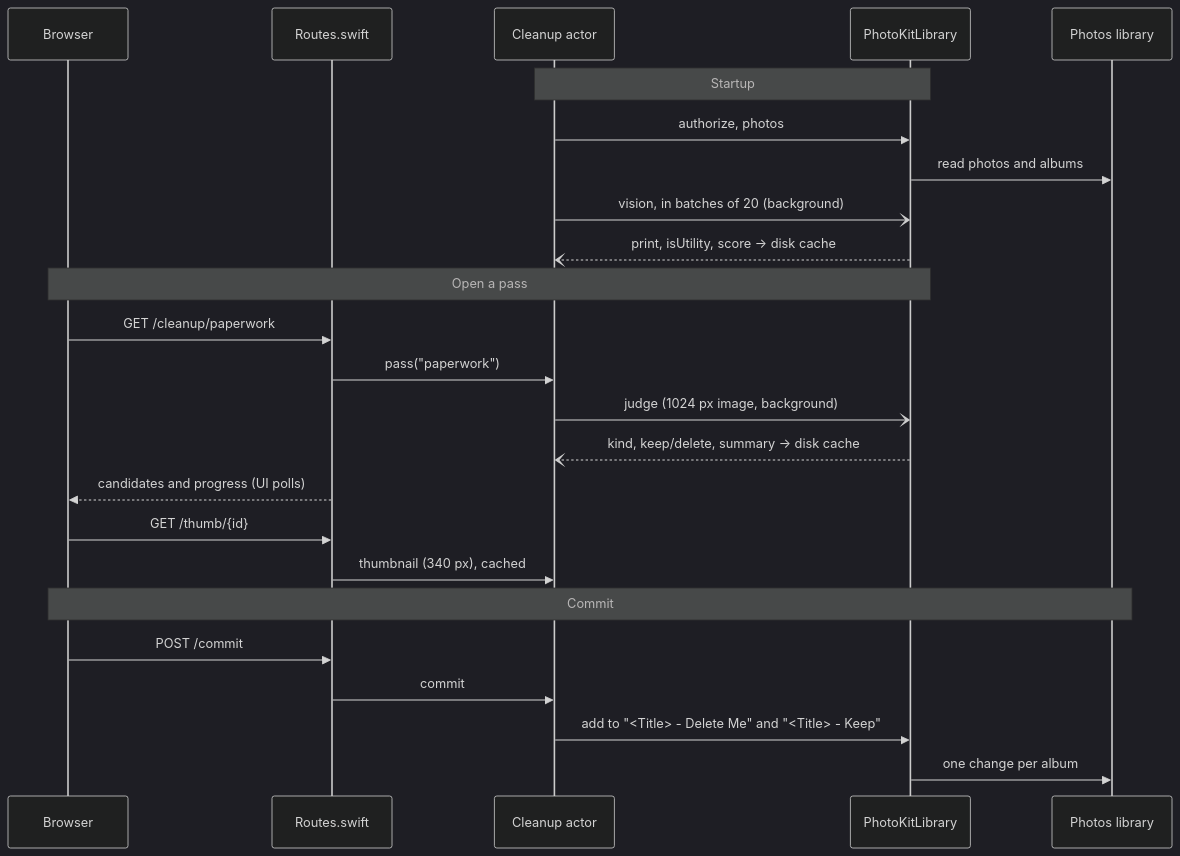
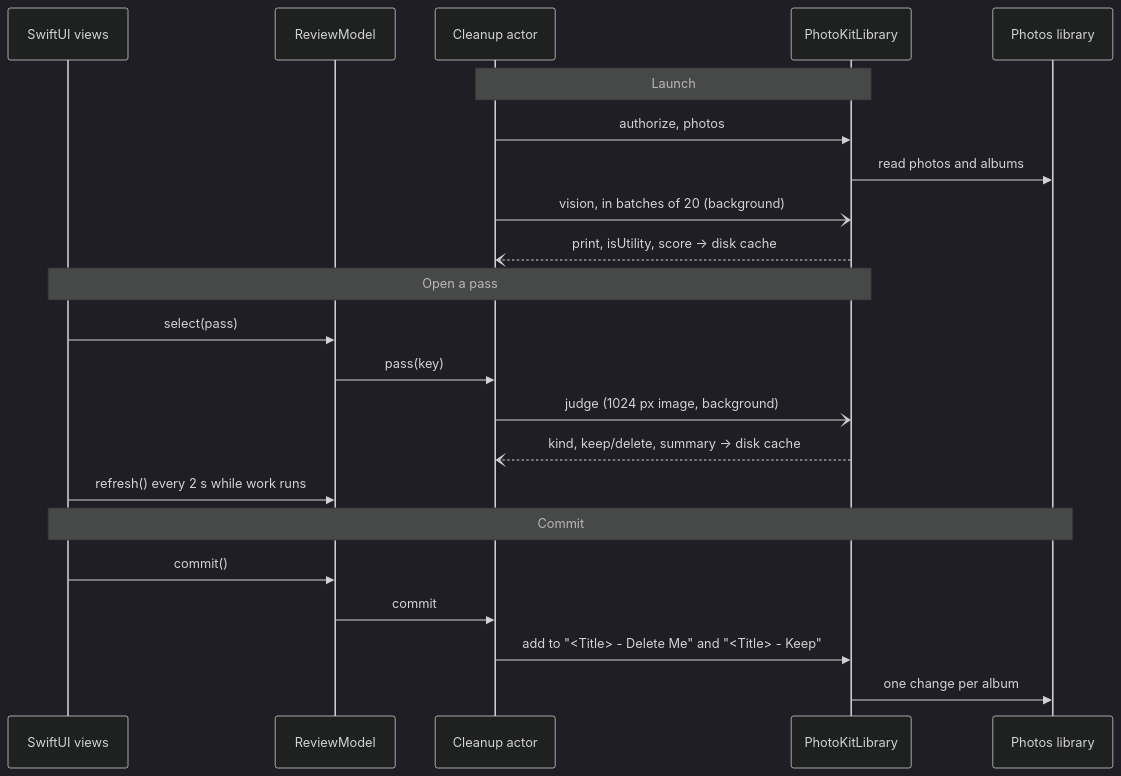
The second of 2 diagrams in ARCHITECTURE.md (khivi/photos-cleanup), drawn with Mermaid (dark theme) before and after one commit. The commit also changed other lines of this file and 36 other files, not shown here.

````diff
--- a/ARCHITECTURE.md
+++ b/ARCHITECTURE.md
@@ -91,29 +72,27 @@
 ```mermaid
 sequenceDiagram
-    participant UI as Browser
-    participant S as Routes.swift
+    participant V as SwiftUI views
+    participant M as ReviewModel
     participant C as Cleanup actor
     participant L as PhotoKitLibrary
     participant P as Photos library
 
-    Note over C,L: Startup
+    Note over C,L: Launch
     C->>L: authorize, photos
     L->>P: read photos and albums
     C-)L: vision, in batches of 20 (background)
     L--)C: print, isUtility, score → disk cache
 
-    Note over UI,L: Open a pass
-    UI->>S: GET /cleanup/paperwork
-    S->>C: pass("paperwork")
+    Note over V,L: Open a pass
+    V->>M: select(pass)
+    M->>C: pass(key)
     C-)L: judge (1024 px image, background)
     L--)C: kind, keep/delete, summary → disk cache
-    S-->>UI: candidates and progress (UI polls)
-    UI->>S: GET /thumb/{id}
-    S->>C: thumbnail (340 px), cached
+    V->>M: refresh() every 2 s while work runs
 
-    Note over UI,P: Commit
-    UI->>S: POST /commit
-    S->>C: commit
+    Note over V,P: Commit
+    V->>M: commit()
+    M->>C: commit
     C->>L: add to "<Title> - Delete Me" and "<Title> - Keep"
     L->>P: one change per album
 ```
````
